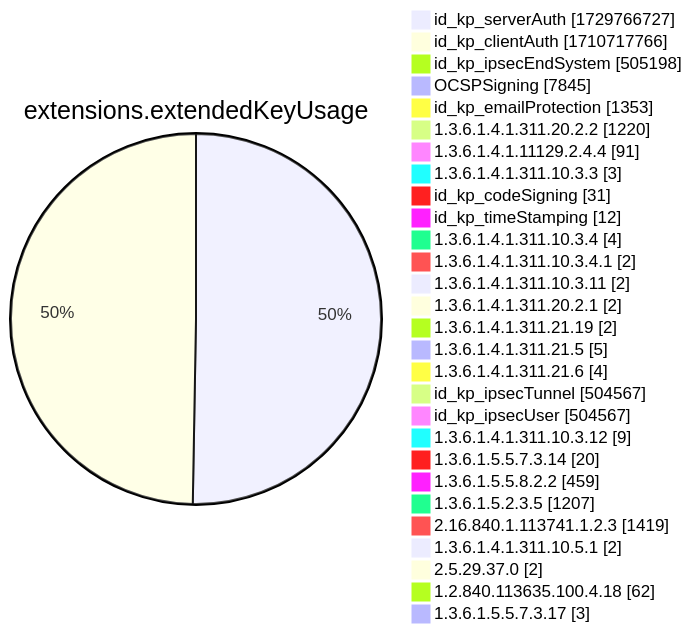
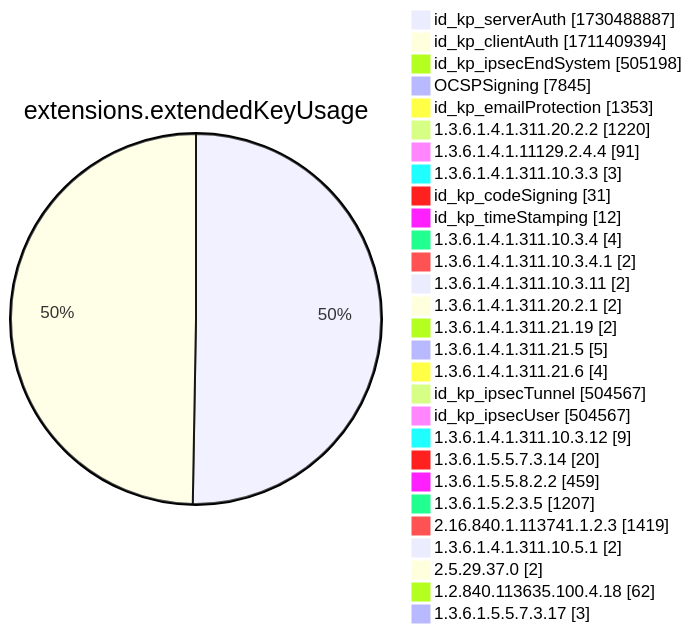
Diagram 12 of 15 in xenon2022/README.md (christiankrug/ctmonitor_visualization), drawn with Mermaid before and after one commit. The commit also changed other lines of this file, not shown here.

````diff
--- a/xenon2022/README.md
+++ b/xenon2022/README.md
@@ -3889,32 +3889,32 @@
 ```mermaid
 pie showData
 title extensions.extendedKeyUsage
-"id_kp_serverAuth" :1729766727
-"id_kp_clientAuth" :1710717766
+"id_kp_serverAuth" :1730488887
+"id_kp_clientAuth" :1711409394
 "id_kp_ipsecEndSystem" :505198
 "OCSPSigning" :7845
 "id_kp_emailProtection" :1353
 "1.3.6.1.4.1.311.20.2.2" :1220
 "1.3.6.1.4.1.11129.2.4.4" :91
 "1.3.6.1.4.1.311.10.3.3" :3
 "id_kp_codeSigning" :31
 "id_kp_timeStamping" :12
 "1.3.6.1.4.1.311.10.3.4" :4
 "1.3.6.1.4.1.311.10.3.4.1" :2
 "1.3.6.1.4.1.311.10.3.11" :2
 "1.3.6.1.4.1.311.20.2.1" :2
 "1.3.6.1.4.1.311.21.19" :2
 "1.3.6.1.4.1.311.21.5" :5
 "1.3.6.1.4.1.311.21.6" :4
 "id_kp_ipsecTunnel" :504567
 "id_kp_ipsecUser" :504567
 "1.3.6.1.4.1.311.10.3.12" :9
 "1.3.6.1.5.5.7.3.14" :20
 "1.3.6.1.5.5.8.2.2" :459
 "1.3.6.1.5.2.3.5" :1207
 "2.16.840.1.113741.1.2.3" :1419
 "1.3.6.1.4.1.311.10.5.1" :2
 "2.5.29.37.0" :2
 "1.2.840.113635.100.4.18" :62
 "1.3.6.1.5.5.7.3.17" :3
 ```
````
